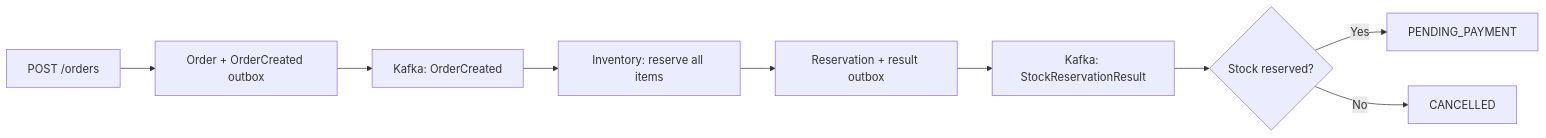
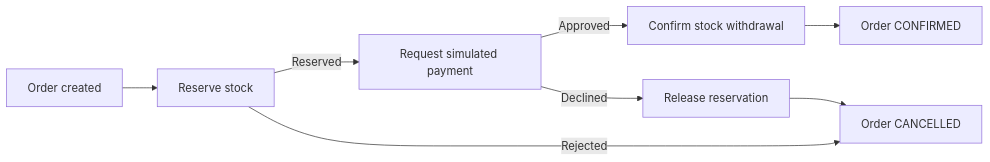
One commit to beatrizsousaanjosdev/lumera-store changed the second of 2 diagrams in README.md. Above: the diagram before and after it, drawn with Mermaid. The commit also changed other lines of this file and 96 other files, not shown here.

````diff
--- a/README.md
+++ b/README.md
@@ -104,11 +121,10 @@
 ```mermaid
 flowchart LR
-    API[POST /orders] --> O[Order + OrderCreated outbox]
-    O --> K[Kafka: OrderCreated]
-    K --> I[Inventory: reserve all items]
-    I --> R[Reservation + result outbox]
-    R --> KR[Kafka: StockReservationResult]
-    KR --> S{Stock reserved?}
-    S -->|Yes| P[PENDING_PAYMENT]
-    S -->|No| C[CANCELLED]
+    O[Order created] --> R[Reserve stock]
+    R -->|Reserved| P[Request simulated payment]
+    R -->|Rejected| C[Order CANCELLED]
+    P -->|Approved| W[Confirm stock withdrawal]
+    P -->|Declined| L[Release reservation]
+    W --> F[Order CONFIRMED]
+    L --> C
 ```
````
